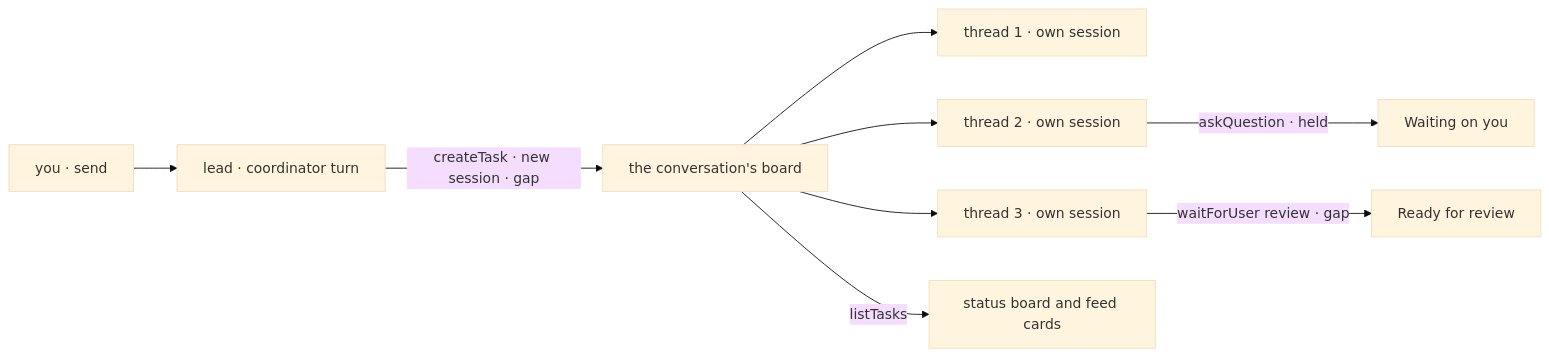
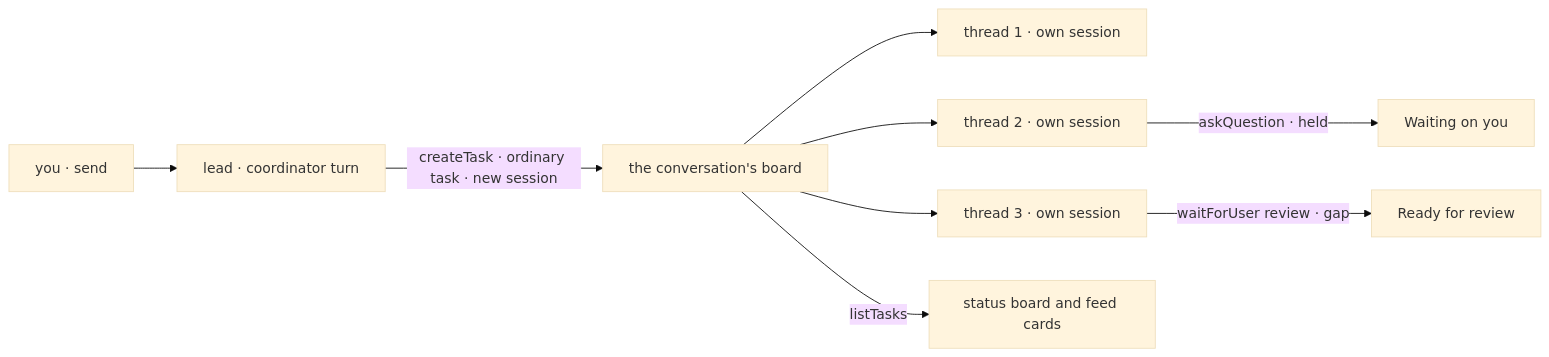
Before and after one commit to fixpoint-labs/flow-state-dev: the second of 2 diagrams in specs/issues/FIX-2157/SPEC.md, drawn with Mermaid (base theme). The commit also changed other lines of this file and 2 other files, not shown here.

First line of the commit message:
spec(FIX-2157): a thread is an ordinary task the coordinator files; drop the routed-session gap

````diff
--- a/specs/issues/FIX-2157/SPEC.md
+++ b/specs/issues/FIX-2157/SPEC.md
@@ -96,11 +96,11 @@
 ```mermaid
 flowchart LR
   U["you · send"] --> L["lead · coordinator turn"]
-  L -->|"createTask · new session · gap"| B["the conversation's board"]
+  L -->|"createTask · ordinary task · new session"| B["the conversation's board"]
   B --> T1["thread 1 · own session"]
   B --> T2["thread 2 · own session"]
   B --> T3["thread 3 · own session"]
   T2 -->|"askQuestion · held"| W["Waiting on you"]
   T3 -->|"waitForUser review · gap"| R["Ready for review"]
   B -->|"listTasks"| P["status board and feed cards"]
 ```
````
